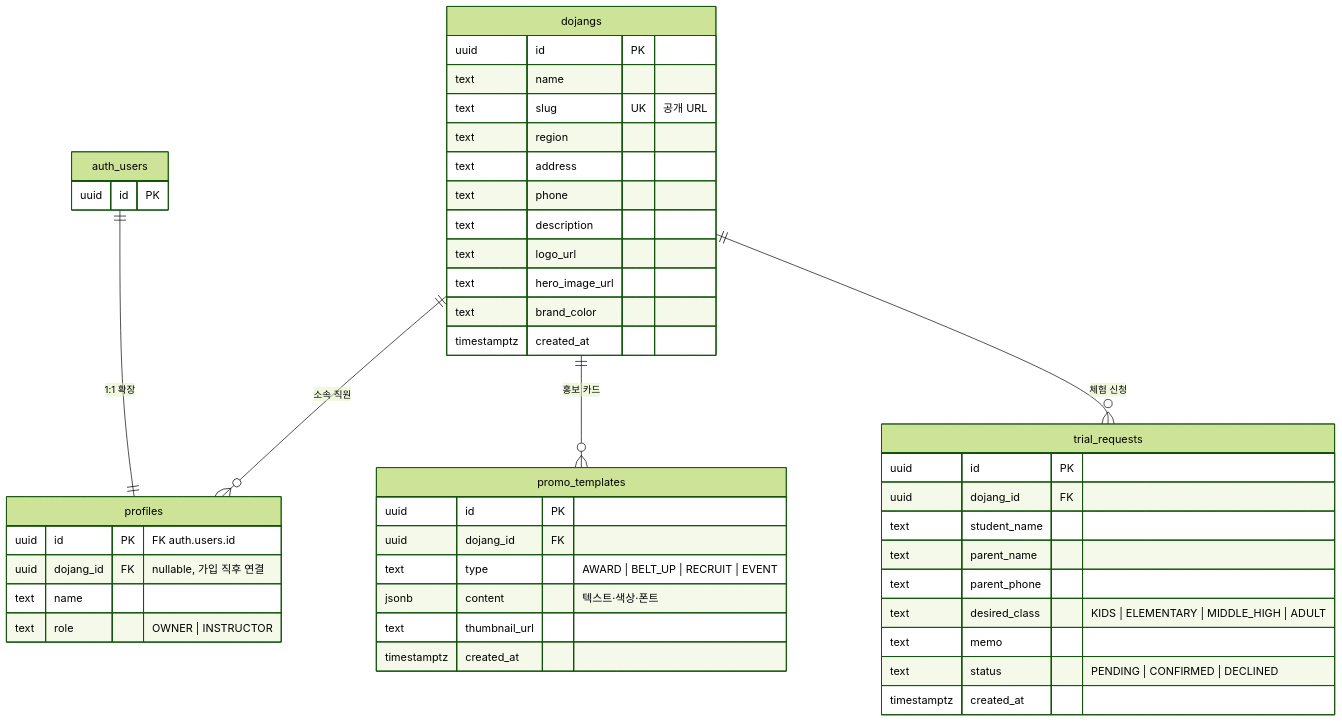
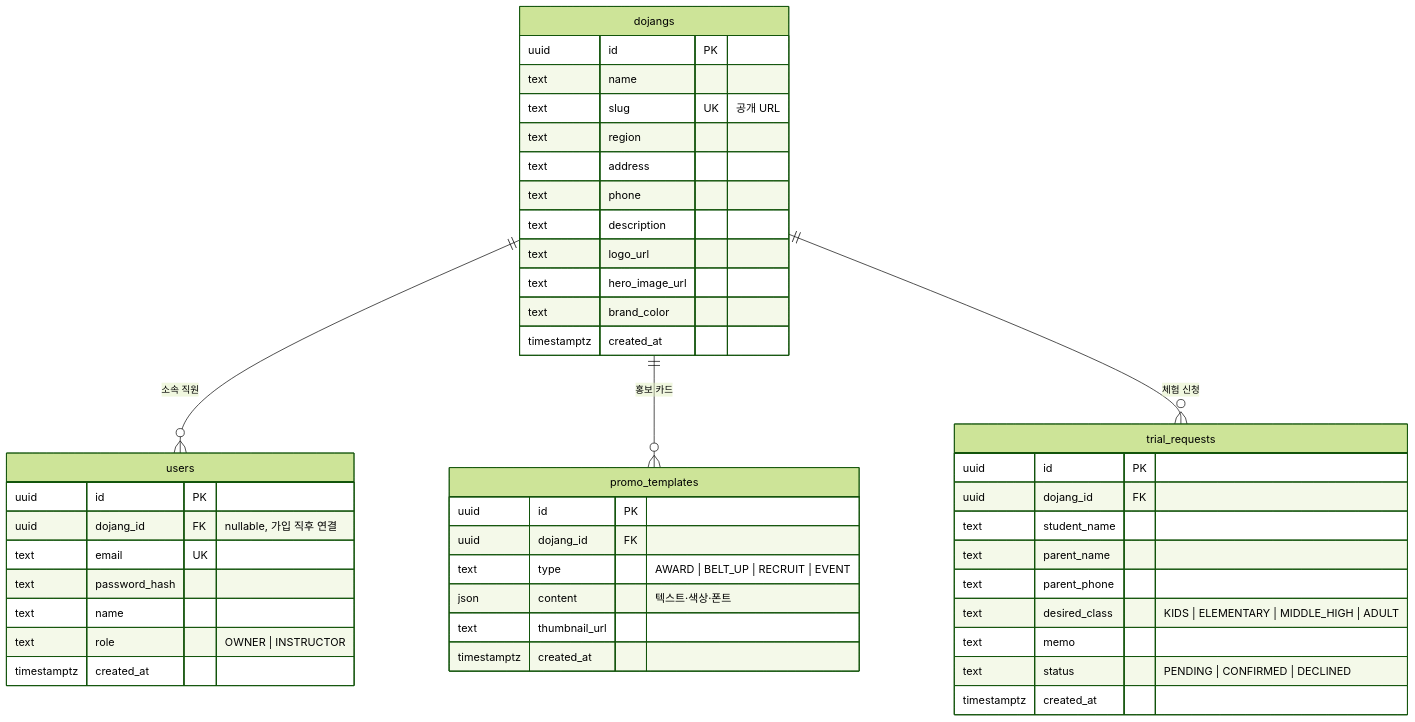
Before and after one commit to monenon-dev/pumsae: the first of 2 diagrams in docs/erd.md, drawn with Mermaid (forest theme). The commit also changed other lines of this file and 70 other files, not shown here.

````diff
--- a/docs/erd.md
+++ b/docs/erd.md
@@ -12,53 +12,51 @@
 ```mermaid
 erDiagram
-  auth_users ||--|| profiles : "1:1 확장"
-  dojangs ||--o{ profiles : "소속 직원"
+  dojangs ||--o{ users : "소속 직원"
   dojangs ||--o{ promo_templates : "홍보 카드"
   dojangs ||--o{ trial_requests : "체험 신청"
 
-  auth_users {
+  users {
     uuid id PK
-  }
-
-  profiles {
-    uuid id PK "FK auth.users.id"
     uuid dojang_id FK "nullable, 가입 직후 연결"
+    text email UK
+    text password_hash
     text name
     text role "OWNER | INSTRUCTOR"
+    timestamptz created_at
   }
 
   dojangs {
     uuid id PK
     text name
     text slug UK "공개 URL"
     text region
     text address
     text phone
     text description
     text logo_url
     text hero_image_url
     text brand_color
     timestamptz created_at
   }
 
   promo_templates {
     uuid id PK
     uuid dojang_id FK
     text type "AWARD | BELT_UP | RECRUIT | EVENT"
-    jsonb content "텍스트·색상·폰트"
+    json content "텍스트·색상·폰트"
     text thumbnail_url
     timestamptz created_at
   }
 
   trial_requests {
     uuid id PK
     uuid dojang_id FK
     text student_name
     text parent_name
     text parent_phone
     text desired_class "KIDS | ELEMENTARY | MIDDLE_HIGH | ADULT"
     text memo
     text status "PENDING | CONFIRMED | DECLINED"
     timestamptz created_at
   }
 ```
````
